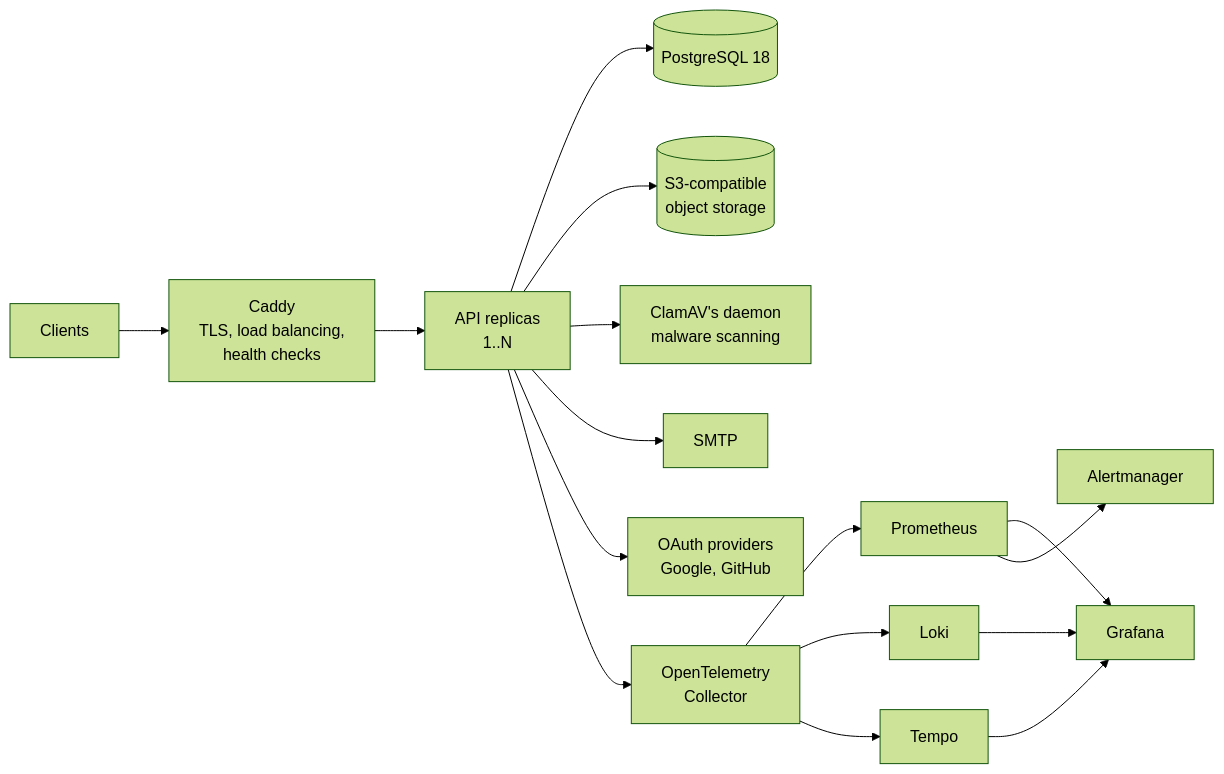
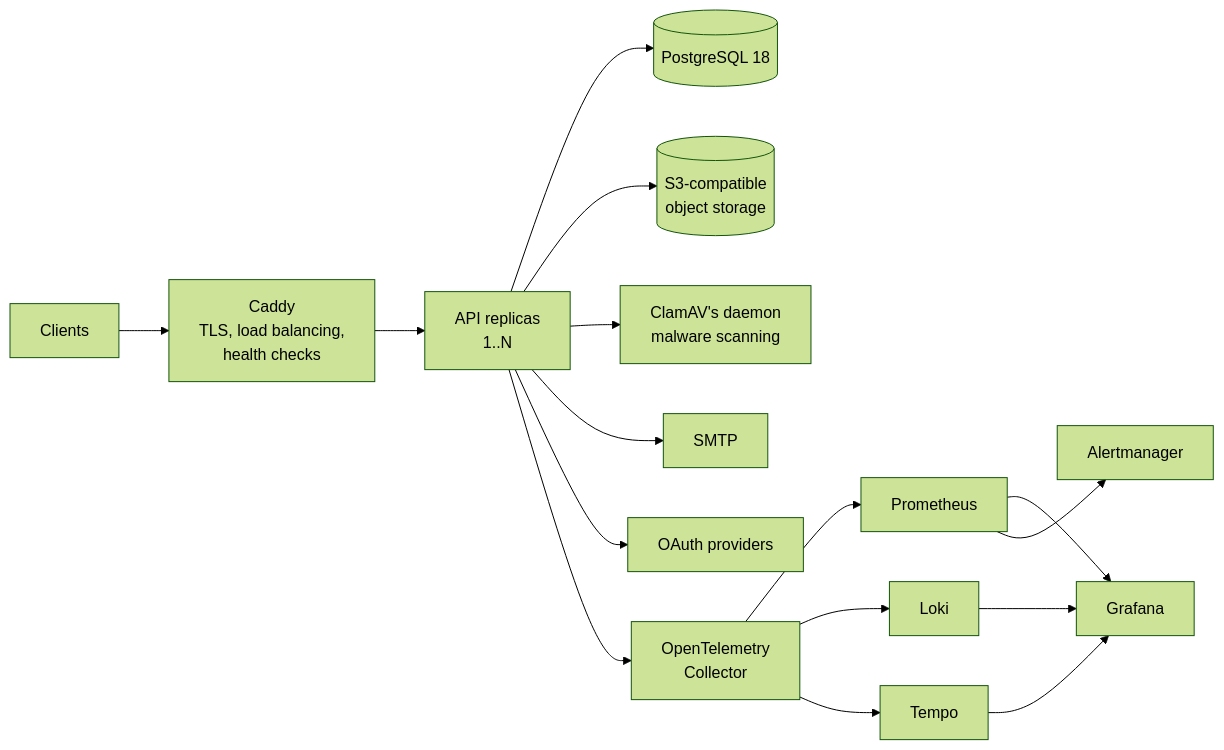
The first of 3 diagrams in docs/architecture.md (Grebyn35/AntWorker-API-Rust), drawn with Mermaid (forest theme) before and after one commit. The commit also changed other lines of this file and 29 other files, not shown here.

````diff
--- a/docs/architecture.md
+++ b/docs/architecture.md
@@ -11,16 +11,16 @@
 ```mermaid
 flowchart LR
   client[Clients] --> caddy[Caddy<br/>TLS, load balancing,<br/>health checks]
   caddy --> api[API replicas<br/>1..N]
   api --> pg[(PostgreSQL 18)]
   %% part: files
   api --> s3[(S3-compatible<br/>object storage)]
   api --> clamd[ClamAV's daemon<br/>malware scanning]
   %% end part: files
   api --> smtp[SMTP]
-  api --> oauth[OAuth providers<br/>Google, GitHub]
+  api --> oauth[OAuth providers]
   api --> otel[OpenTelemetry<br/>Collector]
   otel --> prom[Prometheus] & loki[Loki] & tempo[Tempo]
   prom & loki & tempo --> grafana[Grafana]
   prom --> am[Alertmanager]
 ```
````
